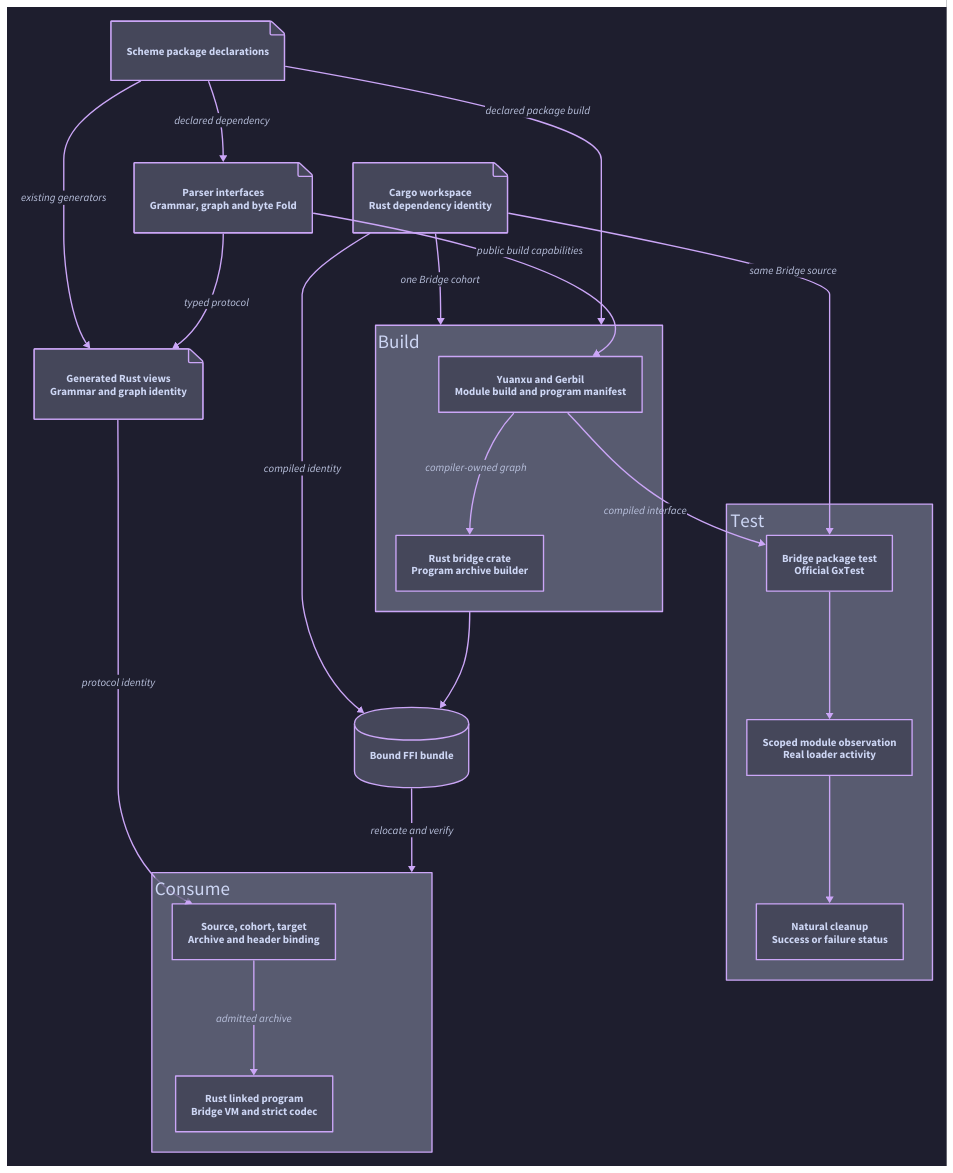
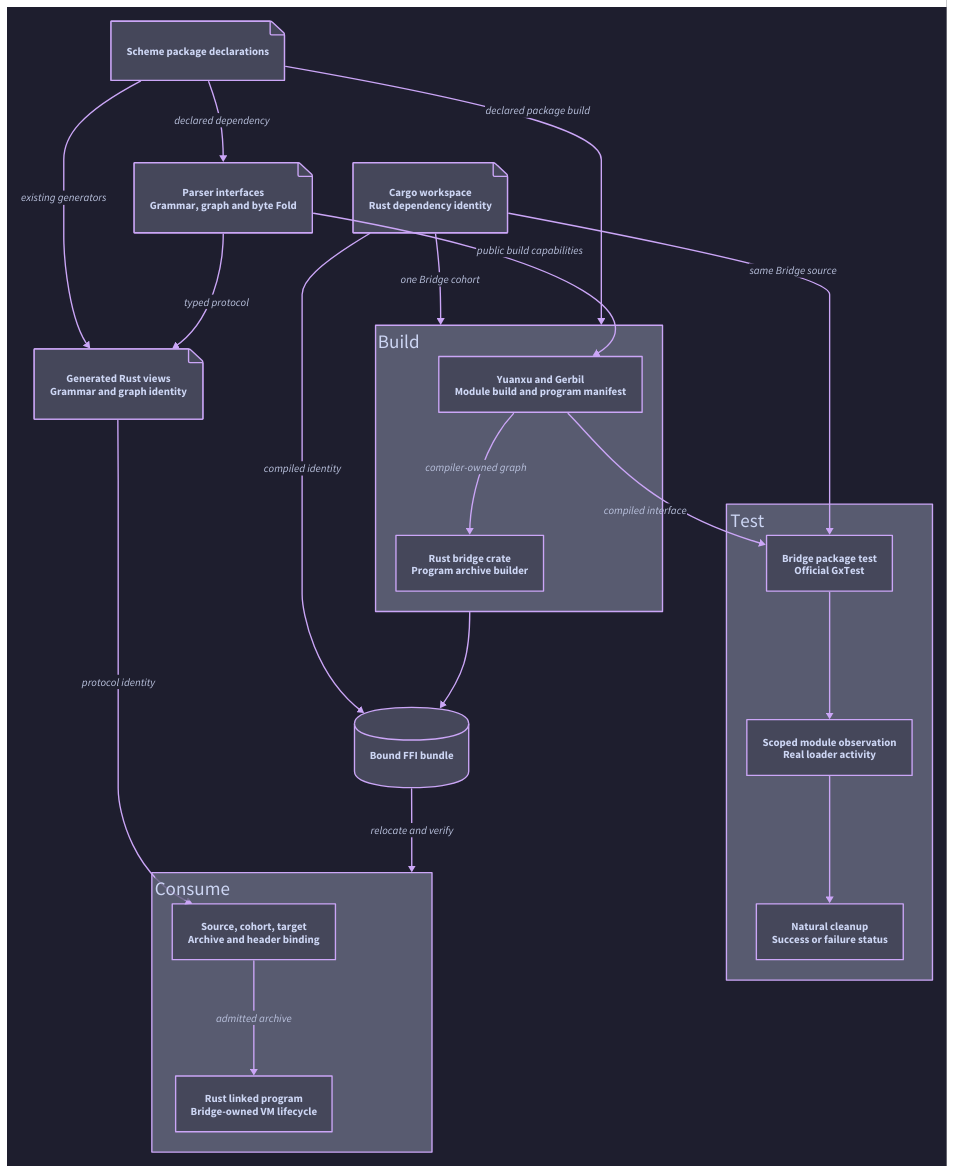
One commit to tao3k/orgize changed the diagram in docs/20_parser/20.09_cargo_bridge_ownership.d2. Above: the diagram before and after it, drawn with D2. The commit also changed 7 other files, not shown here.

```diff
--- a/docs/20_parser/20.09_cargo_bridge_ownership.d2
+++ b/docs/20_parser/20.09_cargo_bridge_ownership.d2
@@ -1,46 +1,46 @@
 direction: down
 vars: {d2-config: {theme-id: 200; pad: 32}}
 
 cargo: "Cargo workspace\nRust dependency identity" {shape: page}
 scheme: "Scheme package declarations" {shape: page}
 parser: "Parser interfaces\nGrammar, graph and byte Fold" {shape: page}
 producer: "Build" {
   label.near: top-left
   direction: right
   compiler: "Yuanxu and Gerbil\nModule build and program manifest"
   archive: "Rust bridge crate\nProgram archive builder"
   compiler -> archive: "compiler-owned graph"
 }
 products: "Generated Rust views\nGrammar and graph identity" {shape: page}
 bundle: "Bound FFI bundle" {shape: cylinder}
 consumer: "Consume" {
   label.near: top-left
   direction: right
   admission: "Source, cohort, target\nArchive and header binding"
-  runtime: "Rust linked program\nBridge VM and strict codec"
+  runtime: "Rust linked program\nBridge-owned VM lifecycle"
   admission -> runtime: "admitted archive"
 }
 
 scheme -> parser: "declared dependency"
 parser -> producer.compiler: "public build capabilities"
 scheme -> producer: "declared package build"
 cargo -> producer: "one Bridge cohort"
 producer -> bundle
 cargo -> bundle: "compiled identity"
 bundle -> consumer: "relocate and verify"
 
 parser -> products: "typed protocol"
 scheme -> products: "existing generators"
 products -> consumer.admission: "protocol identity"
 
 cli: "Test" {
   label.near: top-left
   direction: down
   owner: "Bridge package test\nOfficial GxTest"
   work: "Scoped module observation\nReal loader activity"
   cleanup: "Natural cleanup\nSuccess or failure status"
   owner -> work
   work -> cleanup
 }
 producer.compiler -> cli.owner: "compiled interface"
 cargo -> cli.owner: "same Bridge source"
```
